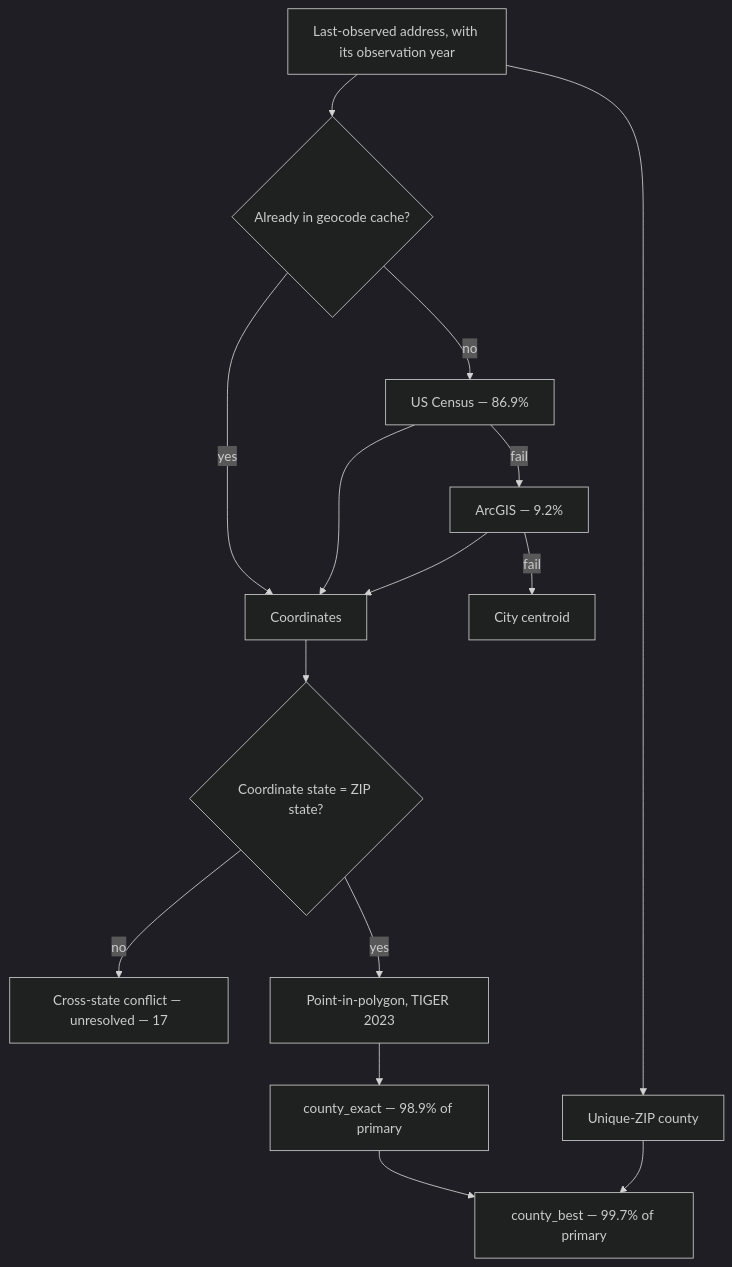
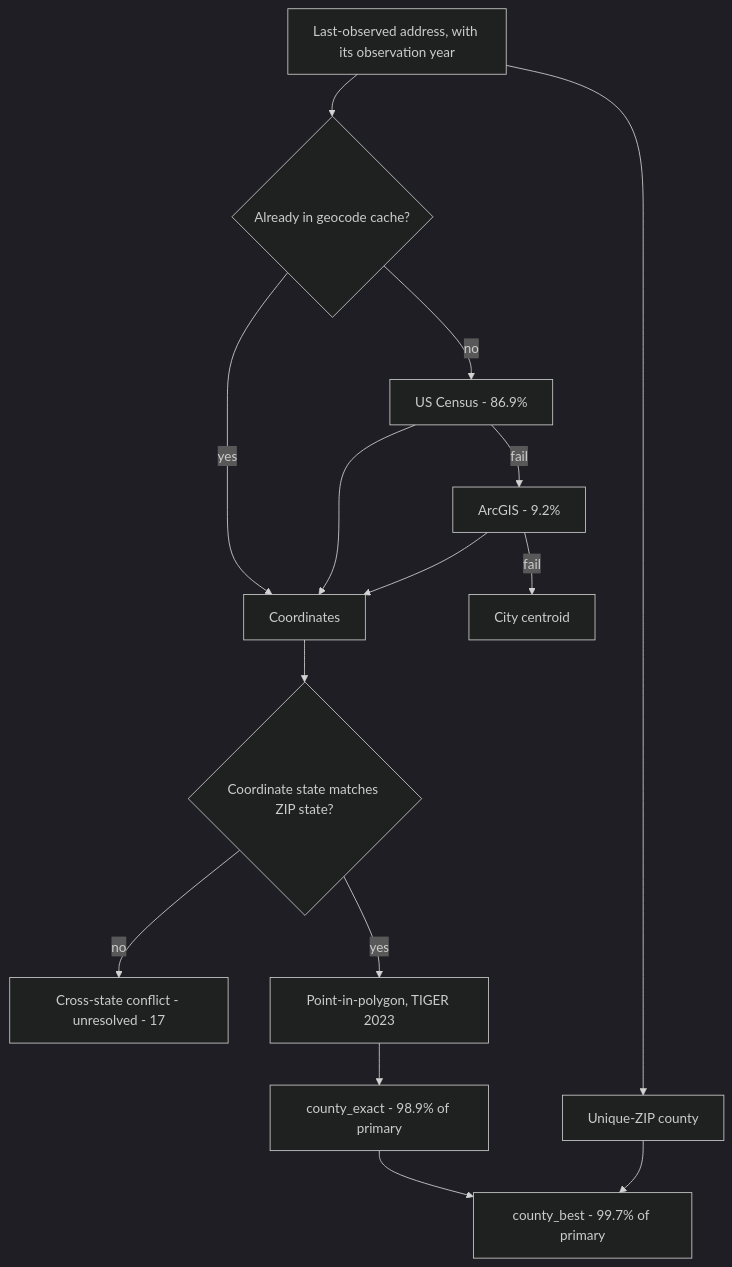
The fourth of 4 diagrams in README.md (mufflyt/midwifery), drawn with Mermaid (dark theme) before and after one commit. The commit also changed other lines of this file, not shown here.

First line of the commit message:
Normalise characters in the README mermaid labels

````diff
--- a/README.md
+++ b/README.md
@@ -140,17 +140,17 @@
 ```mermaid
 flowchart TD
   A["Last-observed address, with its observation year"] --> B{"Already in geocode cache?"}
   B -->|yes| D["Coordinates"]
-  B -->|no| C1["US Census — 86.9%"]
-  C1 -->|fail| C2["ArcGIS — 9.2%"]
+  B -->|no| C1["US Census - 86.9%"]
+  C1 -->|fail| C2["ArcGIS - 9.2%"]
   C2 -->|fail| C3["City centroid"]
   C1 --> D
   C2 --> D
-  D --> E{"Coordinate state = ZIP state?"}
-  E -->|no| X["Cross-state conflict — unresolved — 17"]
+  D --> E{"Coordinate state matches ZIP state?"}
+  E -->|no| X["Cross-state conflict - unresolved - 17"]
   E -->|yes| F["Point-in-polygon, TIGER 2023"]
-  F --> G["county_exact — 98.9% of primary"]
+  F --> G["county_exact - 98.9% of primary"]
   A --> H["Unique-ZIP county"]
-  G --> I["county_best — 99.7% of primary"]
+  G --> I["county_best - 99.7% of primary"]
   H --> I
 ```
````
